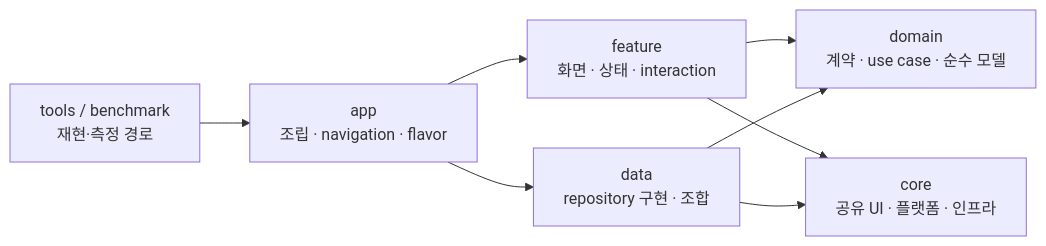
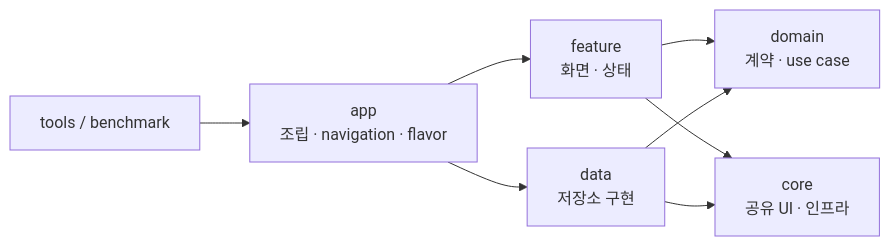
One commit to beyondwin/GasStation changed the diagram in README.md. Above: the diagram before and after it, drawn with Mermaid. The commit also changed other lines of this file and 35 other files, not shown here.

````diff
--- a/README.md
+++ b/README.md
@@ -62,10 +43,10 @@
 ```mermaid
 flowchart LR
-    App["app<br/>조립 · navigation · flavor"] --> Feature["feature<br/>화면 · 상태 · interaction"]
-    App --> Data["data<br/>repository 구현 · 조합"]
-    Feature --> Domain["domain<br/>계약 · use case · 순수 모델"]
+    App["app<br/>조립 · navigation · flavor"] --> Feature["feature<br/>화면 · 상태"]
+    App --> Data["data<br/>저장소 구현"]
+    Feature --> Domain["domain<br/>계약 · use case"]
     Data --> Domain
-    Feature --> Core["core<br/>공유 UI · 플랫폼 · 인프라"]
+    Feature --> Core["core<br/>공유 UI · 인프라"]
     Data --> Core
-    Tools["tools / benchmark<br/>재현·측정 경로"] --> App
+    Tools["tools / benchmark"] --> App
 ```
````
